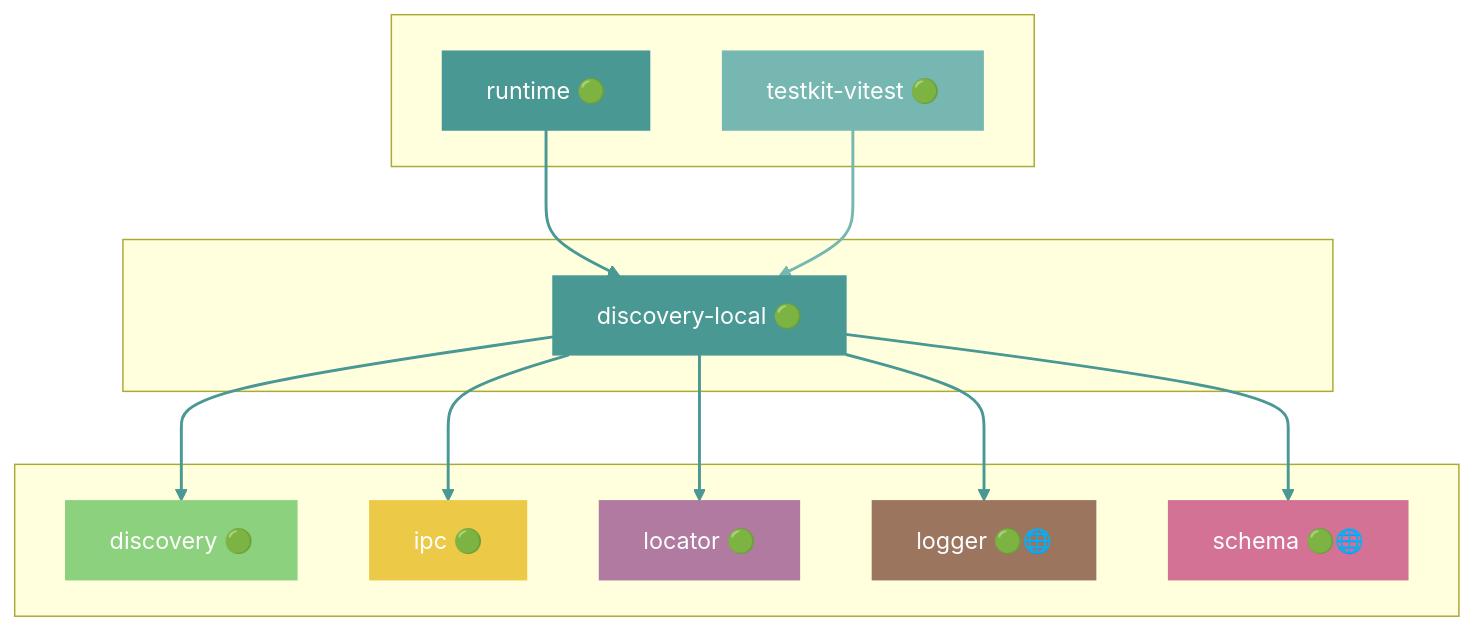
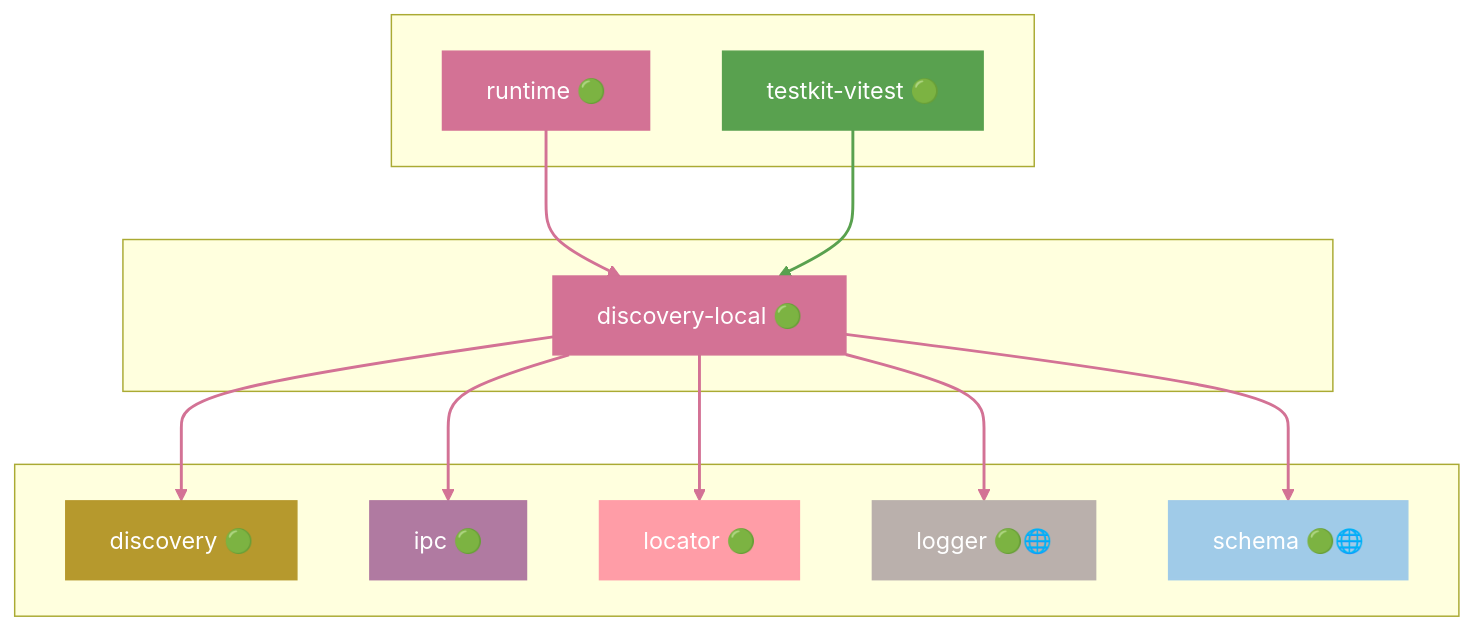
One commit to grest-ts/grest-ts changed diagram 16 of 45 in docs/DEPENDENCIES.md. Above: the diagram before and after it, drawn with Mermaid. The commit also changed other lines of this file and 6 other files, not shown here.

````diff
--- a/docs/DEPENDENCIES.md
+++ b/docs/DEPENDENCIES.md
@@ -845,39 +867,39 @@
 ```mermaid
 flowchart TB
     subgraph Dependents[" "]
         runtime["runtime 🟢"]
         testkit-vitest["testkit-vitest 🟢"]
     end
     subgraph Package[" "]
         discovery-local["discovery-local 🟢"]
     end
     subgraph Dependencies[" "]
         discovery["discovery 🟢"]
         ipc["ipc 🟢"]
         locator["locator 🟢"]
         logger["logger 🟢🌐"]
         schema["schema 🟢🌐"]
     end
     runtime --> discovery-local
     testkit-vitest --> discovery-local
     discovery-local --> discovery
     discovery-local --> ipc
     discovery-local --> locator
     discovery-local --> logger
     discovery-local --> schema
-    style discovery-local fill:#499894,stroke:#499894,color:#fff
-    style runtime fill:#499894,stroke:#499894,color:#fff
-    style testkit-vitest fill:#76B7B2,stroke:#76B7B2,color:#fff
-    style discovery fill:#8CD17D,stroke:#8CD17D,color:#fff
-    style ipc fill:#EDC948,stroke:#EDC948,color:#fff
-    style locator fill:#B07AA1,stroke:#B07AA1,color:#fff
-    style logger fill:#9C755F,stroke:#9C755F,color:#fff
-    style schema fill:#D37295,stroke:#D37295,color:#fff
-    linkStyle 0 stroke:#499894,stroke-width:2px
-    linkStyle 1 stroke:#76B7B2,stroke-width:2px
-    linkStyle 2 stroke:#499894,stroke-width:2px
-    linkStyle 3 stroke:#499894,stroke-width:2px
-    linkStyle 4 stroke:#499894,stroke-width:2px
-    linkStyle 5 stroke:#499894,stroke-width:2px
-    linkStyle 6 stroke:#499894,stroke-width:2px
+    style discovery-local fill:#D37295,stroke:#D37295,color:#fff
+    style runtime fill:#D37295,stroke:#D37295,color:#fff
+    style testkit-vitest fill:#59A14F,stroke:#59A14F,color:#fff
+    style discovery fill:#B6992D,stroke:#B6992D,color:#fff
+    style ipc fill:#B07AA1,stroke:#B07AA1,color:#fff
+    style locator fill:#FF9DA7,stroke:#FF9DA7,color:#fff
+    style logger fill:#BAB0AC,stroke:#BAB0AC,color:#fff
+    style schema fill:#A0CBE8,stroke:#A0CBE8,color:#fff
+    linkStyle 0 stroke:#D37295,stroke-width:2px
+    linkStyle 1 stroke:#59A14F,stroke-width:2px
+    linkStyle 2 stroke:#D37295,stroke-width:2px
+    linkStyle 3 stroke:#D37295,stroke-width:2px
+    linkStyle 4 stroke:#D37295,stroke-width:2px
+    linkStyle 5 stroke:#D37295,stroke-width:2px
+    linkStyle 6 stroke:#D37295,stroke-width:2px
 ```
````
